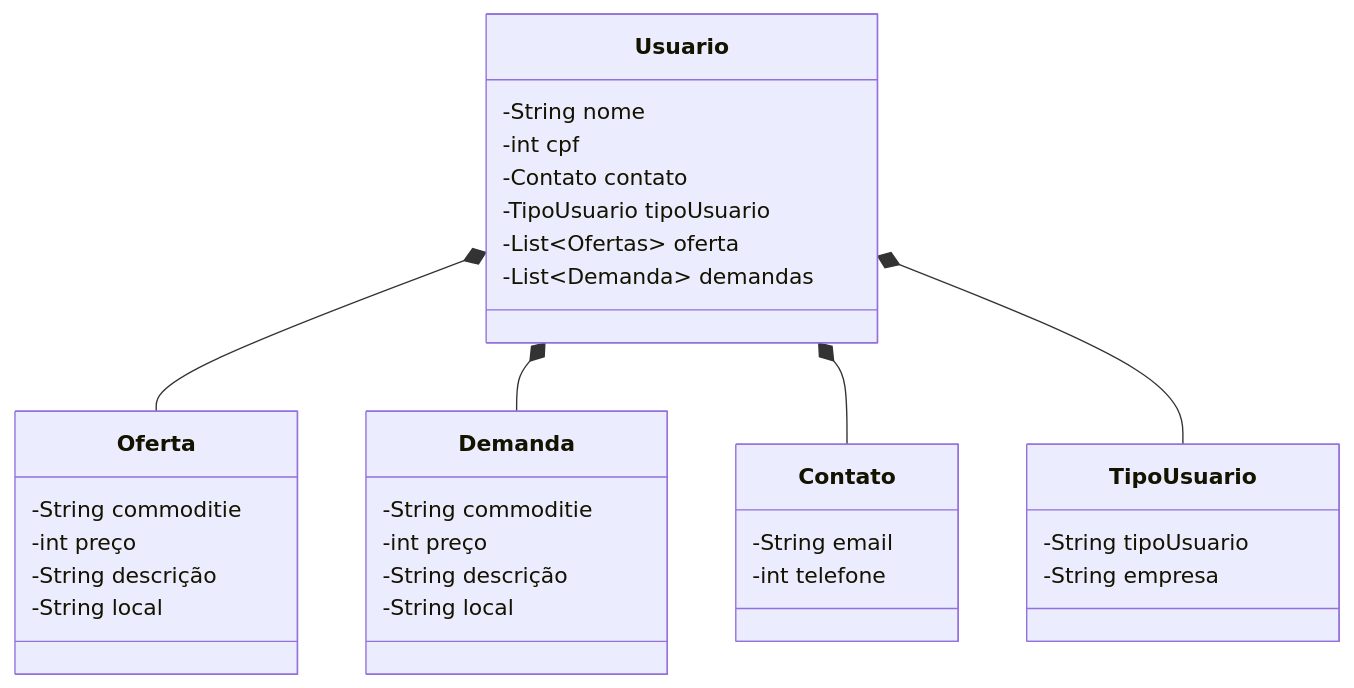
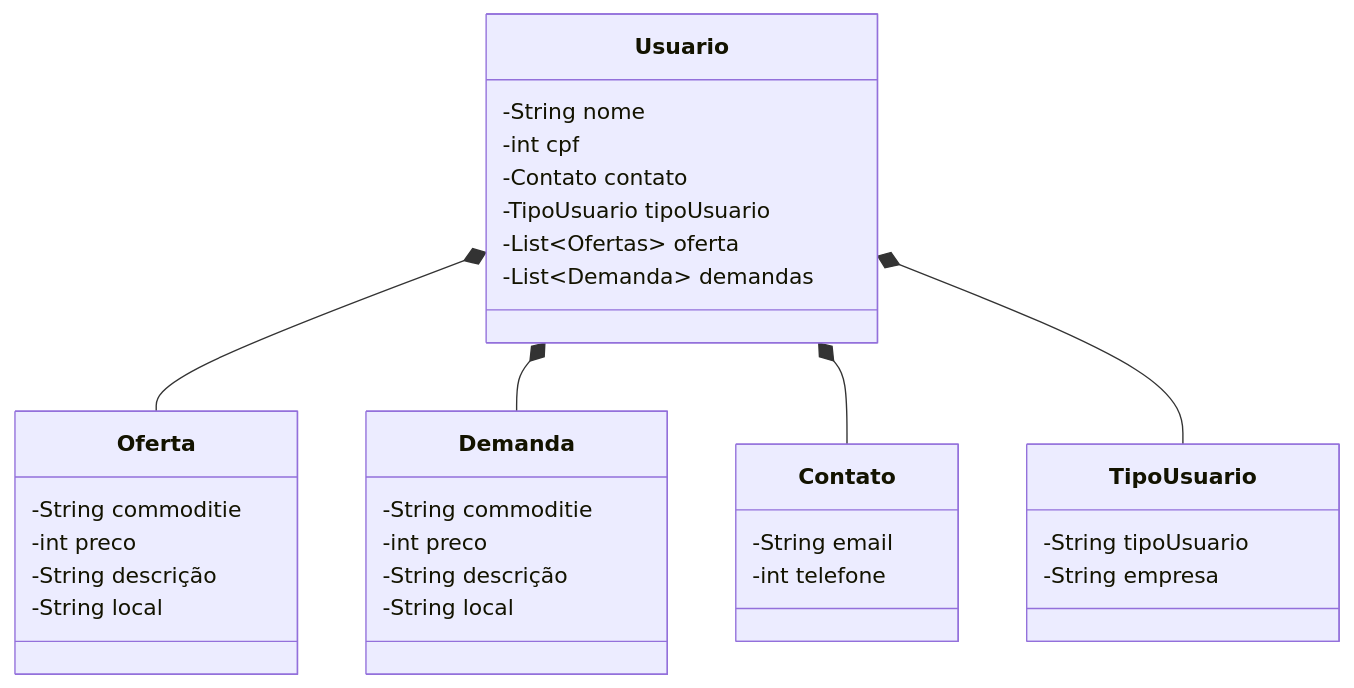
Before and after one commit to led-21/grainbroker: the diagram in README.md, drawn with Mermaid.

````diff
--- a/README.md
+++ b/README.md
@@ -3,26 +3,26 @@
 ```mermaid
 classDiagram
     Usuario : -String nome
     Usuario : -int cpf
     Usuario : -Contato contato
     Usuario : -TipoUsuario tipoUsuario
     Usuario : -List~Ofertas~ oferta
     Usuario : -List~Demanda~ demandas
     Usuario *-- Oferta
     Usuario *-- Demanda
     Usuario *-- Contato
     Usuario *-- TipoUsuario
     Oferta : -String commoditie
-    Oferta : -int preço
+    Oferta : -int preco
     Oferta : -String descrição
     Oferta : -String local
     Demanda : -String commoditie
-    Demanda : -int preço
+    Demanda : -int preco
     Demanda : -String descrição
     Demanda : -String local
     Contato : -String email
     Contato : -int telefone
     TipoUsuario : -String tipoUsuario
     TipoUsuario : -String empresa
     
 ```
````
